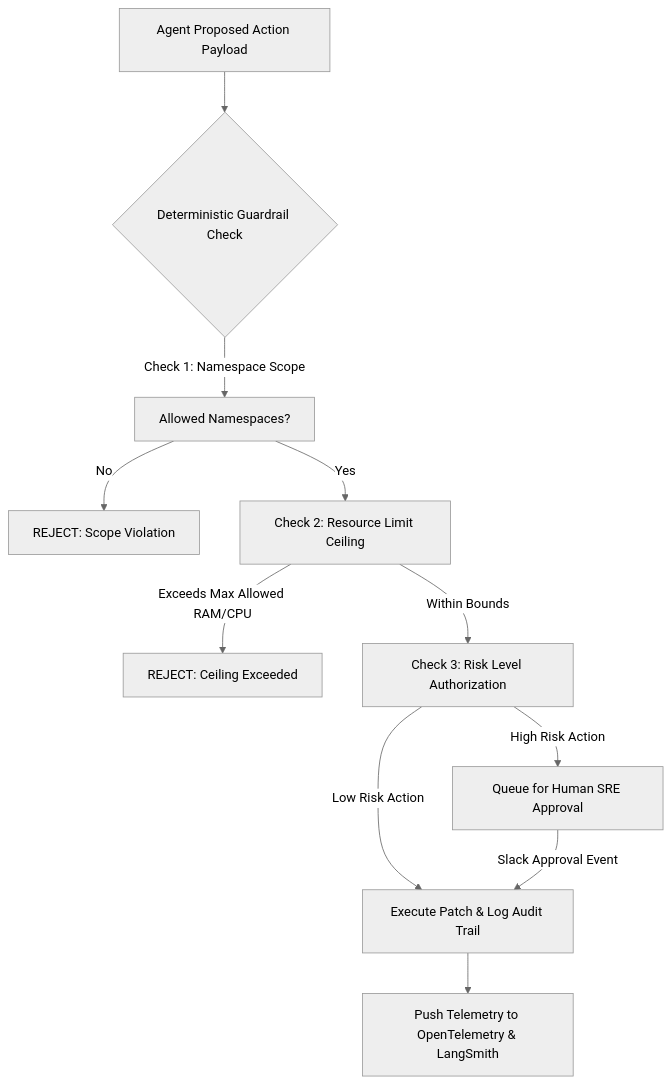
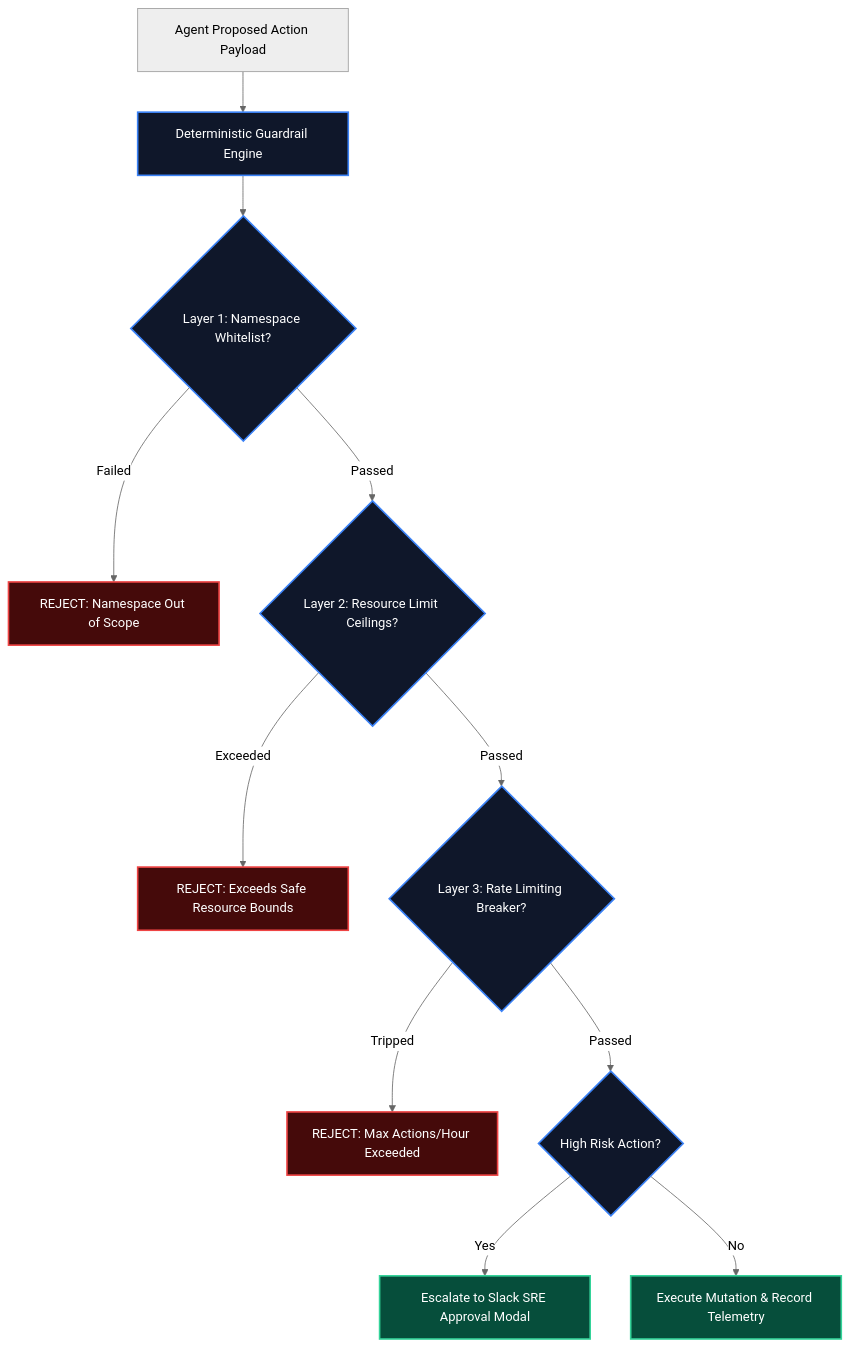
The diagram in content/posts/autonomous-ai-devops-agents/ai-devops-agents-part-7-production-guardrails-evals.mdx (Ovanthra-Inc/sidhya-blog), drawn with Mermaid (neutral theme) before and after one commit. The commit also changed other lines of this file and 42 other files, not shown here.

````diff
--- a/content/posts/autonomous-ai-devops-agents/ai-devops-agents-part-7-production-guardrails-evals.mdx
+++ b/content/posts/autonomous-ai-devops-agents/ai-devops-agents-part-7-production-guardrails-evals.mdx
@@ -32,13 +32,21 @@
 ```mermaid
 graph TD
-    A[Agent Proposed Action Payload] --> B{Deterministic Guardrail Check}
-    B -->|Check 1: Namespace Scope| C[Allowed Namespaces?]
-    C -->|No| R1[REJECT: Scope Violation]
-    C -->|Yes| D[Check 2: Resource Limit Ceiling]
-    D -->|Exceeds Max Allowed RAM/CPU| R2[REJECT: Ceiling Exceeded]
-    D -->|Within Bounds| E[Check 3: Risk Level Authorization]
-    E -->|High Risk Action| F[Queue for Human SRE Approval]
-    E -->|Low Risk Action| G[Execute Patch & Log Audit Trail]
-    F -->|Slack Approval Event| G
-    G --> H[Push Telemetry to OpenTelemetry & LangSmith]
+    classDef checkStyle fill:#0f172a,stroke:#3b82f6,stroke-width:2px,color:#fff;
+    classDef passStyle fill:#064e3b,stroke:#34d399,stroke-width:2px,color:#fff;
+    classDef rejectStyle fill:#450a0a,stroke:#ef4444,stroke-width:2px,color:#fff;
+
+    Proposed[Agent Proposed Action Payload] --> Guardrail[Deterministic Guardrail Engine]:::checkStyle
+    
+    Guardrail --> Check1{Layer 1: Namespace Whitelist?}:::checkStyle
+    Check1 -- Failed --> R1[REJECT: Namespace Out of Scope]:::rejectStyle
+    
+    Check1 -- Passed --> Check2{Layer 2: Resource Limit Ceilings?}:::checkStyle
+    Check2 -- Exceeded --> R2[REJECT: Exceeds Safe Resource Bounds]:::rejectStyle
+    
+    Check2 -- Passed --> Check3{Layer 3: Rate Limiting Breaker?}:::checkStyle
+    Check3 -- Tripped --> R3[REJECT: Max Actions/Hour Exceeded]:::rejectStyle
+    
+    Check3 -- Passed --> RiskCheck{High Risk Action?}:::checkStyle
+    RiskCheck -- Yes --> Slack[Escalate to Slack SRE Approval Modal]:::passStyle
+    RiskCheck -- No --> Execute[Execute Mutation & Record Telemetry]:::passStyle
 ```
````
